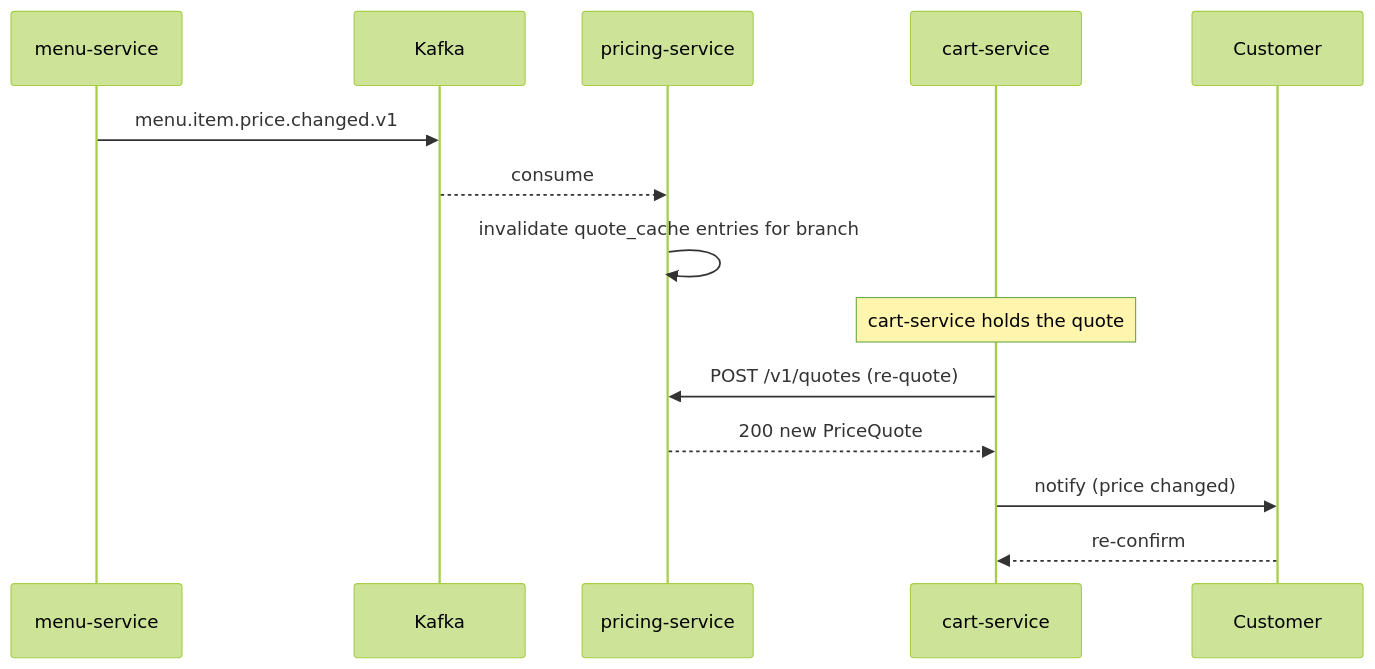
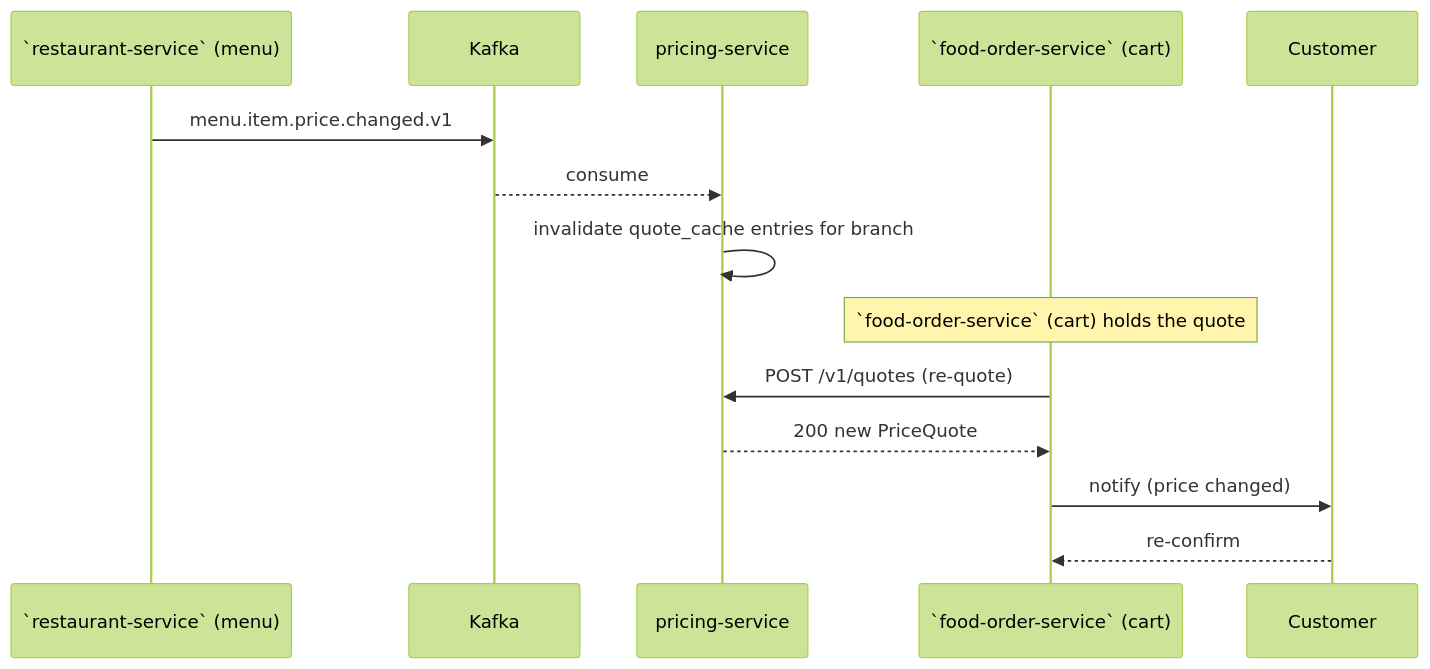
One commit to mohamedhabibwork/trips-enjoy-docs changed the sixth of 7 diagrams in docs/services/pricing-service/WORKFLOWS.md. Above: the diagram before and after it, drawn with Mermaid (forest theme). The commit also changed other lines of this file and 525 other files, not shown here.

````diff
--- a/docs/services/pricing-service/WORKFLOWS.md
+++ b/docs/services/pricing-service/WORKFLOWS.md
@@ -459,17 +459,17 @@
 ```mermaid
 sequenceDiagram
-    participant MN as menu-service
+    participant MN as `restaurant-service` (menu)
     participant K as Kafka
     participant PRC as pricing-service
-    participant CRT as cart-service
+    participant CRT as `food-order-service` (cart)
     participant C as Customer
 
     MN->>K: menu.item.price.changed.v1
     K-->>PRC: consume
     PRC->>PRC: invalidate quote_cache entries for branch
-    Note over CRT: cart-service holds the quote
+    Note over CRT: `food-order-service` (cart) holds the quote
     CRT->>PRC: POST /v1/quotes (re-quote)
     PRC-->>CRT: 200 new PriceQuote
     CRT->>C: notify (price changed)
     C-->>CRT: re-confirm
 ```
````
